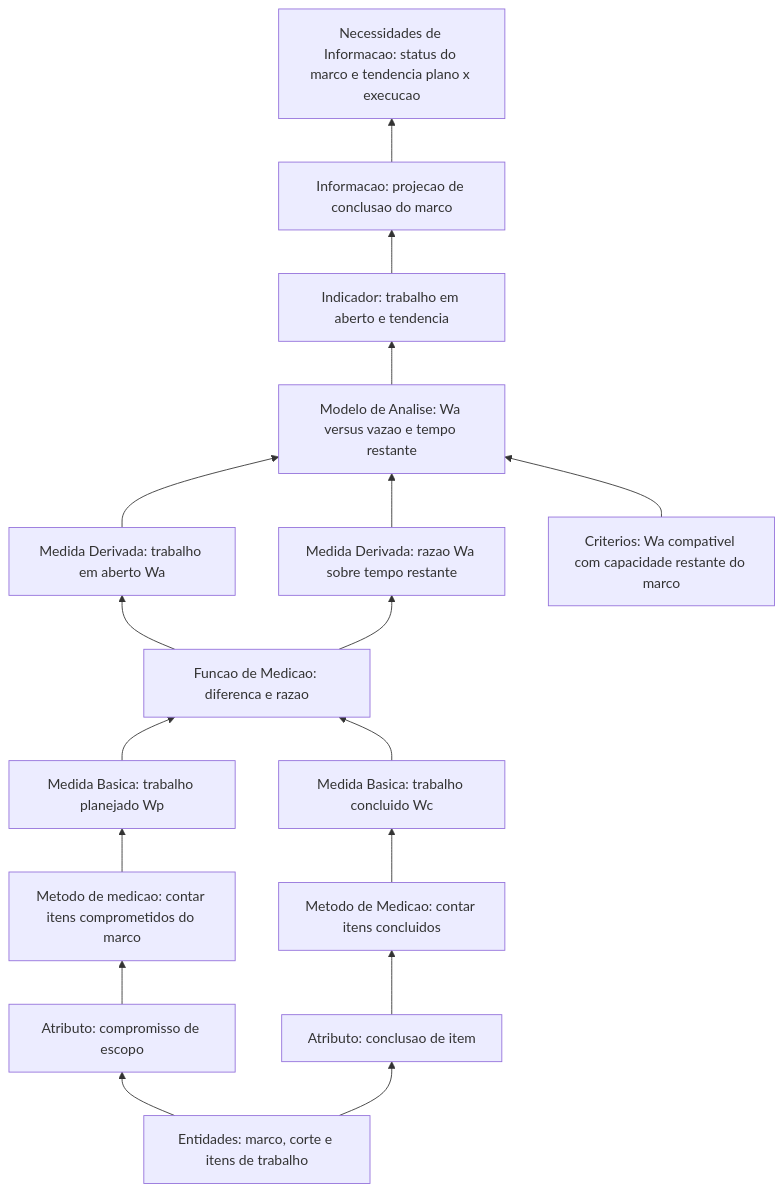
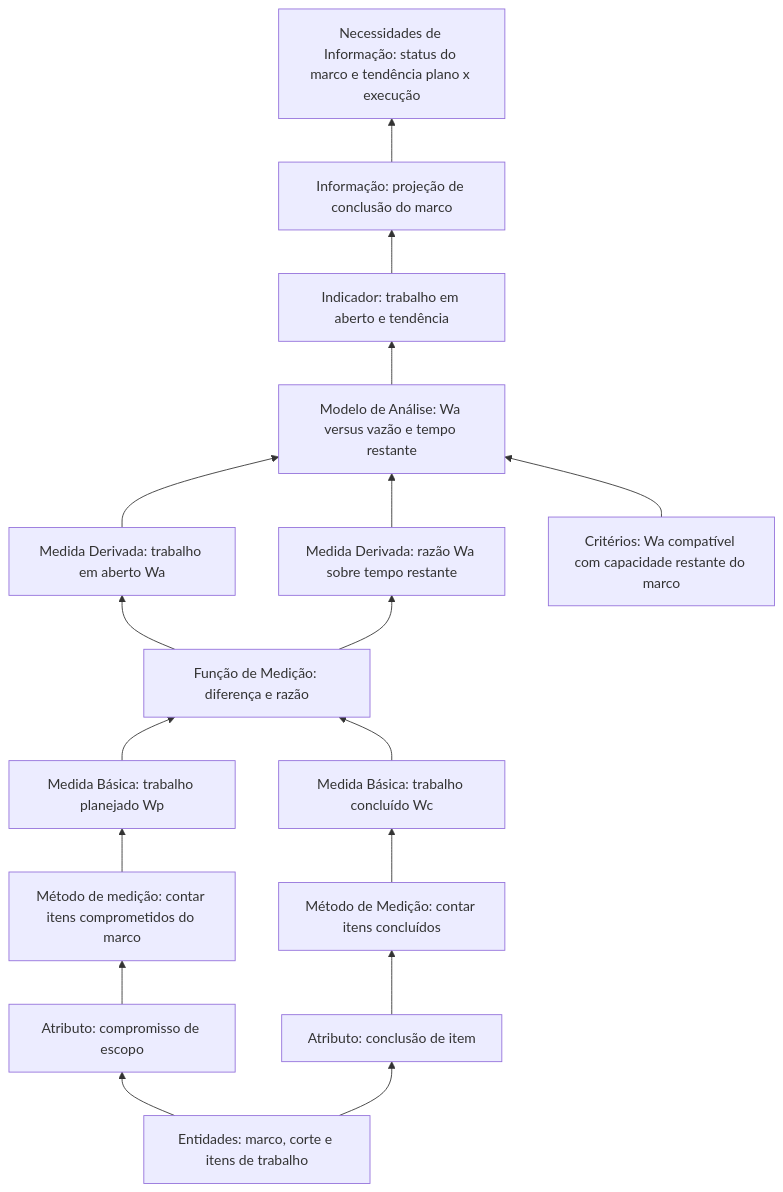
The second of 2 diagrams in docs/gestao-psm/desempenho-dos-processos.md (FCTE-Qualidade-de-Software-1/2026-2_T01_BETTY_SNYDER), drawn with Mermaid before and after one commit. The commit also changed other lines of this file and 2 other files, not shown here.

Commit message:
docs(psm): acentua rotulos UTF-8 nos diagramas das categorias

````diff
--- a/docs/gestao-psm/desempenho-dos-processos.md
+++ b/docs/gestao-psm/desempenho-dos-processos.md
@@ -107,34 +107,34 @@
 ```mermaid
 flowchart BT
-  need["Necessidades de Informacao: status do marco e tendencia plano x execucao"]
-  info["Informacao: projecao de conclusao do marco"]
-  ind["Indicador: trabalho em aberto e tendencia"]
-  analise["Modelo de Analise: Wa versus vazao e tempo restante"]
-  crit["Criterios: Wa compativel com capacidade restante do marco"]
+  need["Necessidades de Informação: status do marco e tendência plano x execução"]
+  info["Informação: projeção de conclusão do marco"]
+  ind["Indicador: trabalho em aberto e tendência"]
+  analise["Modelo de Análise: Wa versus vazão e tempo restante"]
+  crit["Critérios: Wa compatível com capacidade restante do marco"]
   md1["Medida Derivada: trabalho em aberto Wa"]
-  md2["Medida Derivada: razao Wa sobre tempo restante"]
-  func["Funcao de Medicao: diferenca e razao"]
-  mb1["Medida Basica: trabalho planejado Wp"]
-  mb2["Medida Basica: trabalho concluido Wc"]
-  met1["Metodo de medicao: contar itens comprometidos do marco"]
-  met2["Metodo de Medicao: contar itens concluidos"]
+  md2["Medida Derivada: razão Wa sobre tempo restante"]
+  func["Função de Medição: diferença e razão"]
+  mb1["Medida Básica: trabalho planejado Wp"]
+  mb2["Medida Básica: trabalho concluído Wc"]
+  met1["Método de medição: contar itens comprometidos do marco"]
+  met2["Método de Medição: contar itens concluídos"]
   attr1["Atributo: compromisso de escopo"]
-  attr2["Atributo: conclusao de item"]
+  attr2["Atributo: conclusão de item"]
   ent["Entidades: marco, corte e itens de trabalho"]
   ent --> attr1
   ent --> attr2
   attr1 --> met1
   attr2 --> met2
   met1 --> mb1
   met2 --> mb2
   mb1 --> func
   mb2 --> func
   func --> md1
   func --> md2
   md1 --> analise
   md2 --> analise
   crit --> analise
   analise --> ind
   ind --> info
   info --> need
 ```
````
